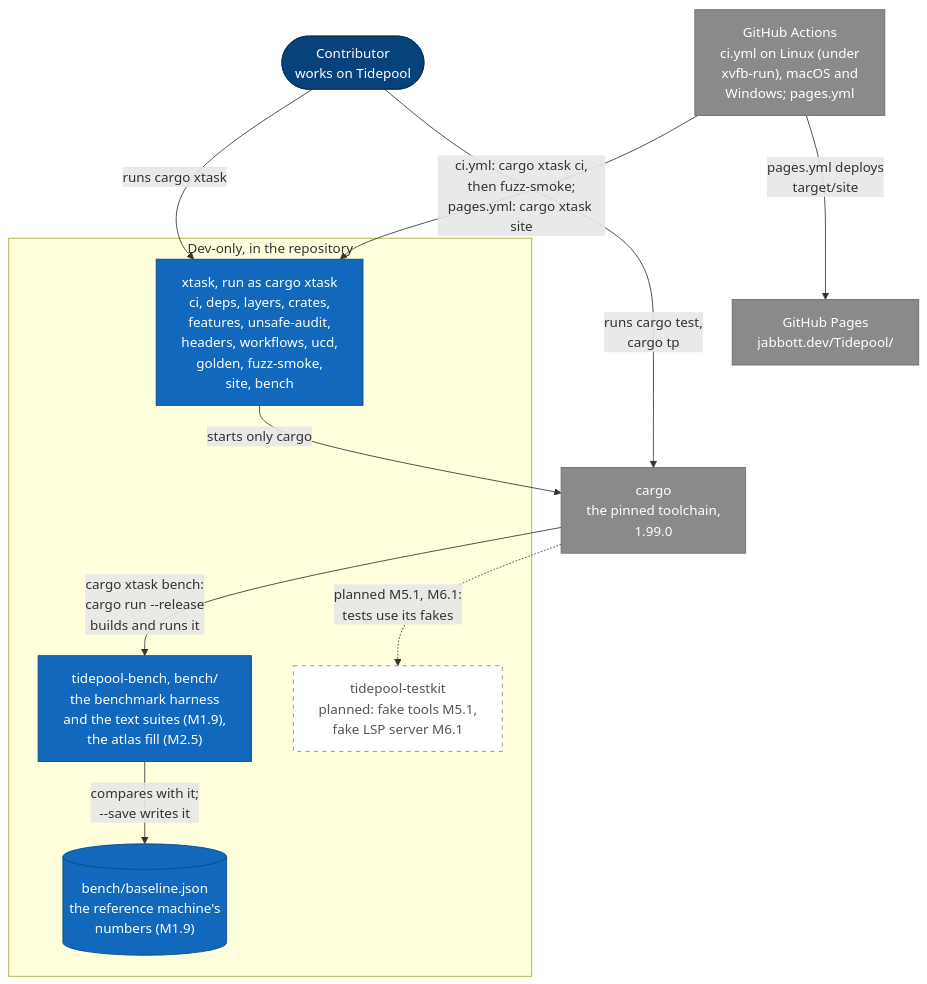
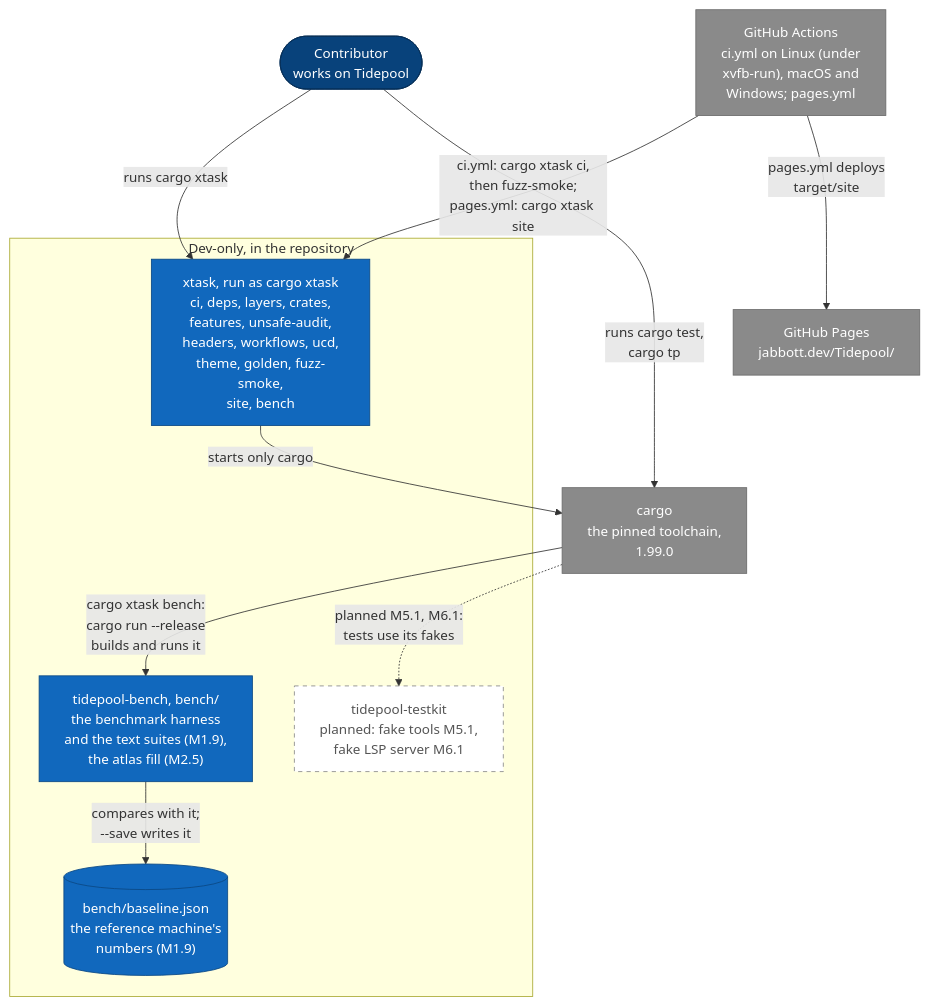
The fourth of 17 diagrams in diagrams/c4-architecture.md (jabbott-iii/Tidepool), drawn with Mermaid before and after one commit. The commit also changed other lines of this file and 50 other files, not shown here.

First line of the commit message:
ui: theme tokens and `cargo xtask theme` (M3.2)

````diff
--- a/diagrams/c4-architecture.md
+++ b/diagrams/c4-architecture.md
@@ -192,34 +196,34 @@
 ```mermaid
 flowchart TB
     p_contrib(["Contributor<br/>works on Tidepool"])
     e_gha["GitHub Actions<br/>ci.yml on Linux (under<br/>xvfb-run), macOS and<br/>Windows; pages.yml"]
     e_cargo["cargo<br/>the pinned toolchain,<br/>1.99.0"]
     e_pages["GitHub Pages<br/>jabbott.dev/Tidepool/"]
 
     subgraph b_dev["Dev-only, in the repository"]
-        c_xtask["xtask, run as cargo xtask<br/>ci, deps, layers, crates,<br/>features, unsafe-audit,<br/>headers, workflows, ucd,<br/>golden, fuzz-smoke,<br/>site, bench"]
+        c_xtask["xtask, run as cargo xtask<br/>ci, deps, layers, crates,<br/>features, unsafe-audit,<br/>headers, workflows, ucd,<br/>theme, golden, fuzz-smoke,<br/>site, bench"]
         c_bench["tidepool-bench, bench/<br/>the benchmark harness<br/>and the text suites (M1.9),<br/>the atlas fill (M2.5)"]
         c_testkit["tidepool-testkit<br/>planned: fake tools M5.1,<br/>fake LSP server M6.1"]
         s_baseline[("bench/baseline.json<br/>the reference machine's<br/>numbers (M1.9)")]
     end
 
     p_contrib -->|"runs cargo xtask"| c_xtask
     p_contrib -->|"runs cargo test,<br/>cargo tp"| e_cargo
     e_gha -->|"ci.yml: cargo xtask ci,<br/>then fuzz-smoke;<br/>pages.yml: cargo xtask site"| c_xtask
     e_gha -->|"pages.yml deploys<br/>target/site"| e_pages
     c_xtask -->|"starts only cargo"| e_cargo
     e_cargo -->|"cargo xtask bench:<br/>cargo run --release<br/>builds and runs it"| c_bench
     c_bench -->|"compares with it;<br/>--save writes it"| s_baseline
     e_cargo -.->|"planned M5.1, M6.1:<br/>tests use its fakes"| c_testkit
 
     classDef person fill:#08427b,stroke:#052e56,color:#ffffff
     classDef built fill:#1168bd,stroke:#0b4884,color:#ffffff
     classDef external fill:#8a8a8a,stroke:#6b6b6b,color:#ffffff
     classDef planned fill:#ffffff,stroke:#888888,stroke-dasharray: 5 5,color:#555555
     classDef store fill:#1168bd,stroke:#0b4884,color:#ffffff
     class p_contrib person
     class c_xtask,c_bench built
     class s_baseline store
     class c_testkit planned
     class e_gha,e_cargo,e_pages external
 ```
````
